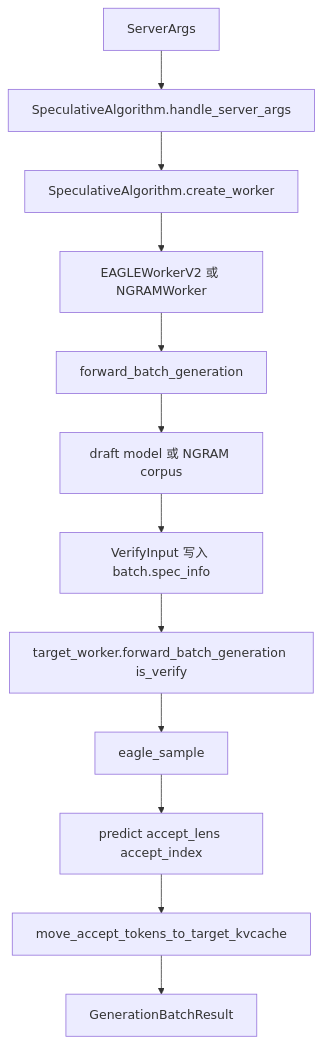
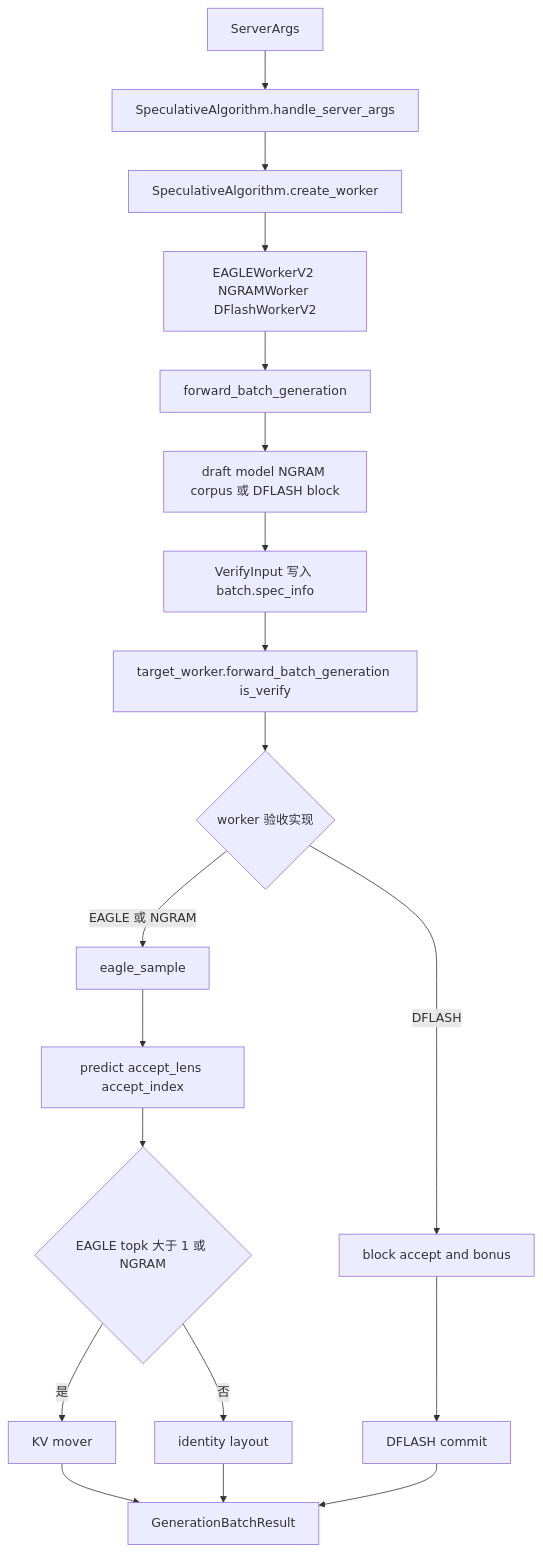
Before and after one commit to OnlyHero5/sglang-reading-vault: the diagram in sglang_reading/高级特性/Speculative/SGLang-Speculative-源码走读.md, drawn with Mermaid. The commit also changed other lines of this file and 512 other files, not shown here.

````diff
--- a/sglang_reading/高级特性/Speculative/SGLang-Speculative-源码走读.md
+++ b/sglang_reading/高级特性/Speculative/SGLang-Speculative-源码走读.md
@@ -36,14 +37,21 @@
 ```mermaid
 flowchart TD
   A[ServerArgs] --> B[SpeculativeAlgorithm.handle_server_args]
   B --> C[SpeculativeAlgorithm.create_worker]
-  C --> D[EAGLEWorkerV2 或 NGRAMWorker]
+  C --> D[EAGLEWorkerV2 NGRAMWorker DFlashWorkerV2]
   D --> E[forward_batch_generation]
-  E --> F[draft model 或 NGRAM corpus]
+  E --> F[draft model NGRAM corpus 或 DFLASH block]
   F --> G[VerifyInput 写入 batch.spec_info]
   G --> H[target_worker.forward_batch_generation is_verify]
-  H --> I[eagle_sample]
-  I --> J[predict accept_lens accept_index]
-  J --> K[move_accept_tokens_to_target_kvcache]
-  K --> L[GenerationBatchResult]
+  H --> I{worker 验收实现}
+  I -->|EAGLE 或 NGRAM| J[eagle_sample]
+  I -->|DFLASH| K[block accept and bonus]
+  J --> L[predict accept_lens accept_index]
+  L --> M{EAGLE topk 大于 1 或 NGRAM}
+  M -->|是| N[KV mover]
+  M -->|否| O[identity layout]
+  K --> P[DFLASH commit]
+  N --> Q[GenerationBatchResult]
+  O --> Q
+  P --> Q
 ```
````
